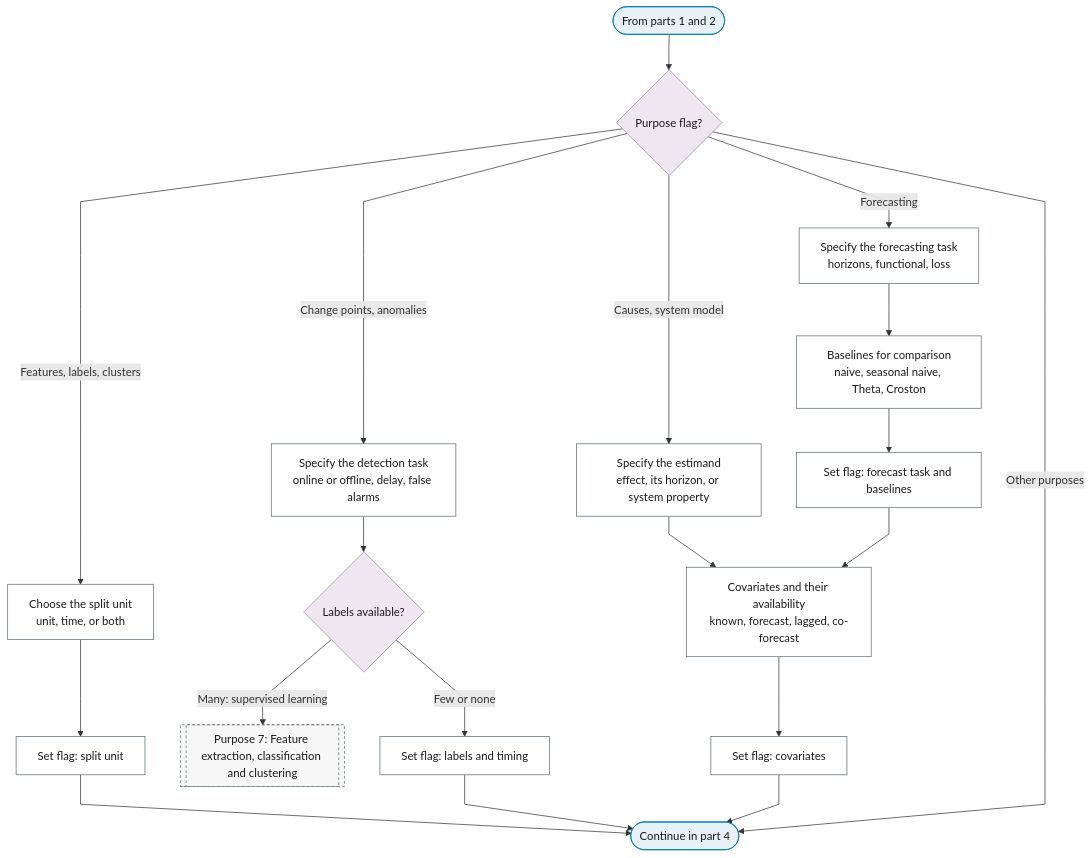
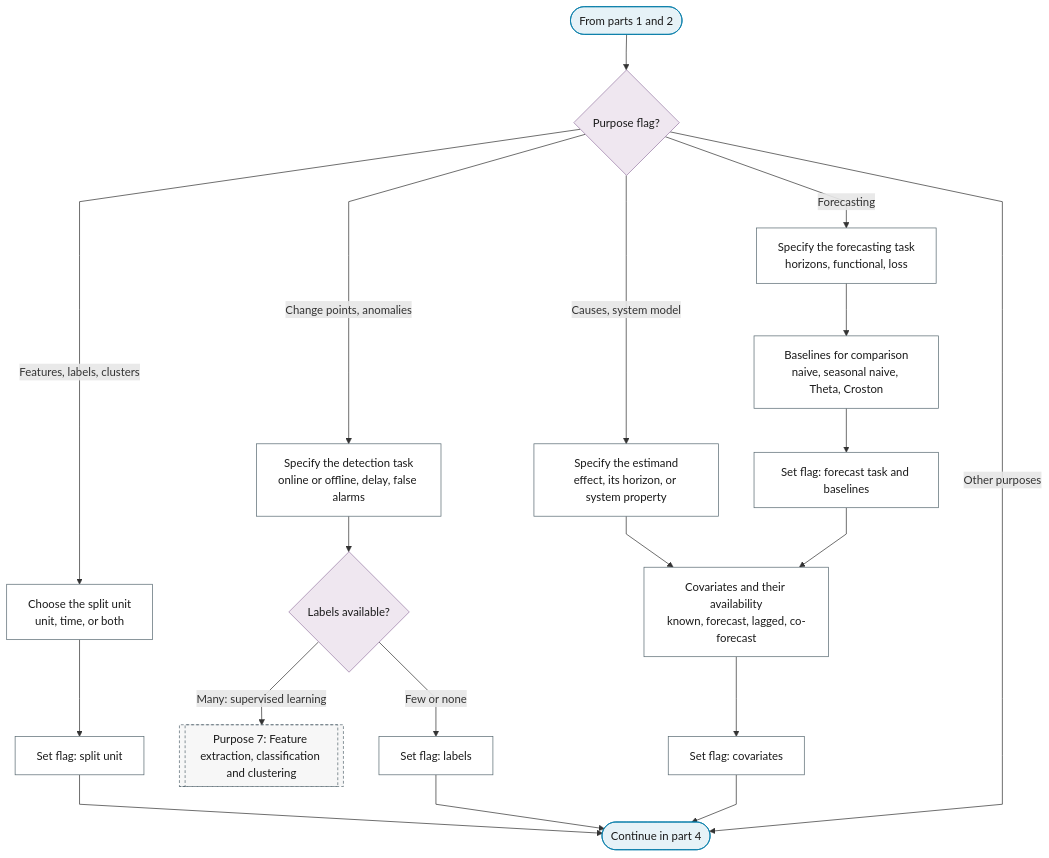
The third of 4 diagrams in docs/01-workflow/p00-purpose/index.md (Shuxin-Y/time-series-analysis-manual), drawn with Mermaid before and after one commit. The commit also changed other lines of this file and 10 other files, not shown here.

````diff
--- a/docs/01-workflow/p00-purpose/index.md
+++ b/docs/01-workflow/p00-purpose/index.md
@@ -72,32 +72,32 @@
 ```mermaid
 %%{init: {"flowchart": {"curve": "linear"}}}%%
 graph TD
     P0_PART_3_IN(["From parts 1 and 2"]) --> P0_PLAN{"Purpose flag?"}
     P0_PLAN -->|"Forecasting"| P0_FORECAST_TASK["Specify the forecasting task<br/>horizons, functional, loss"]
     P0_PLAN -->|"Change points, anomalies"| P0_DETECTION_TASK["Specify the detection task<br/>online or offline, delay, false alarms"]
     P0_PLAN -->|"Causes, system model"| P0_ESTIMAND["Specify the estimand<br/>effect, its horizon, or system property"]
     P0_PLAN -->|"Features, labels, clusters"| P0_SPLIT_UNIT["Choose the split unit<br/>unit, time, or both"]
     P0_PLAN -->|"Other purposes"| P0_PART_3_OUT(["Continue in part 4"])
     P0_FORECAST_TASK --> P0_FC_BASELINES["Baselines for comparison<br/>naive, seasonal naive, Theta, Croston"]
     P0_FC_BASELINES --> P0_FORECAST_FLAG["Set flag: forecast task and baselines"]
     P0_FORECAST_FLAG --> P0_COVARIATES["Covariates and their availability<br/>known, forecast, lagged, co-forecast"]
     P0_ESTIMAND --> P0_COVARIATES
     P0_COVARIATES --> P0_COVARIATE_FLAG["Set flag: covariates"]
     P0_DETECTION_TASK --> P0_LABELS{"Labels available?"}
     P0_LABELS -->|"Many: supervised learning"| P0_FEATURES[["Purpose 7: Feature extraction, classification and clustering"]]
-    P0_LABELS -->|"Few or none"| P0_DETECTION_FLAG["Set flag: labels and timing"]
+    P0_LABELS -->|"Few or none"| P0_DETECTION_FLAG["Set flag: labels"]
     P0_SPLIT_UNIT --> P0_SPLIT_FLAG["Set flag: split unit"]
     P0_COVARIATE_FLAG & P0_DETECTION_FLAG & P0_SPLIT_FLAG --> P0_PART_3_OUT
     class P0_PART_3_IN,P0_PART_3_OUT terminator
     class P0_PLAN,P0_LABELS decision
     class P0_FORECAST_TASK,P0_DETECTION_TASK,P0_ESTIMAND,P0_SPLIT_UNIT,P0_FC_BASELINES,P0_COVARIATES,P0_FORECAST_FLAG,P0_COVARIATE_FLAG,P0_DETECTION_FLAG,P0_SPLIT_FLAG process
     class P0_FEATURES ref
     classDef terminator fill:#E6F2F7,stroke:#007BA7,color:#1A1A1A;
     classDef process fill:#FFFFFF,stroke:#5A6B73,color:#1A1A1A;
     classDef decision fill:#EFE7F0,stroke:#9B7FA7,color:#1A1A1A;
     classDef data fill:#FFF4E0,stroke:#C9A55E,color:#1A1A1A;
     classDef good fill:#DCEFD8,stroke:#4A7A3F,color:#1A1A1A;
     classDef escalate fill:#FFE9C2,stroke:#C9A55E,color:#1A1A1A;
     classDef problem fill:#F2D9DE,stroke:#800020,color:#1A1A1A;
     classDef ref fill:#F7F7F7,stroke:#5A6B73,color:#1A1A1A,stroke-dasharray:4 3;
 ```
````
